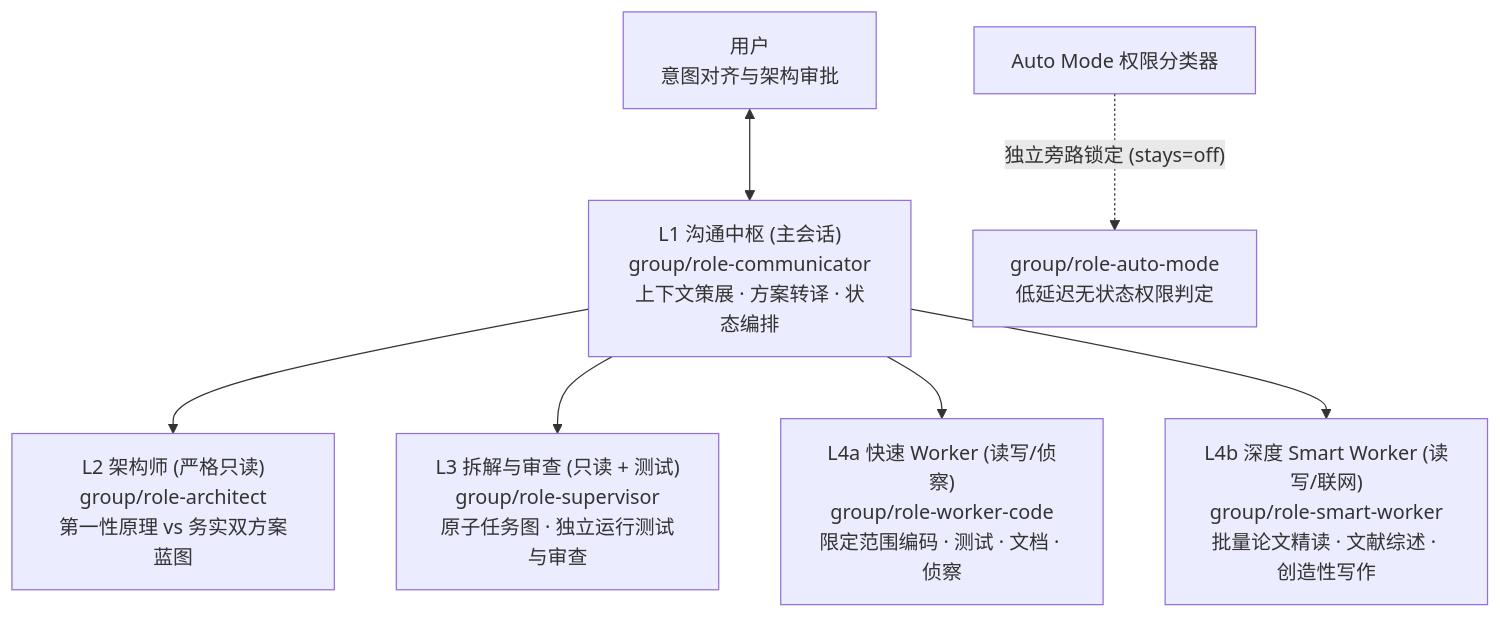
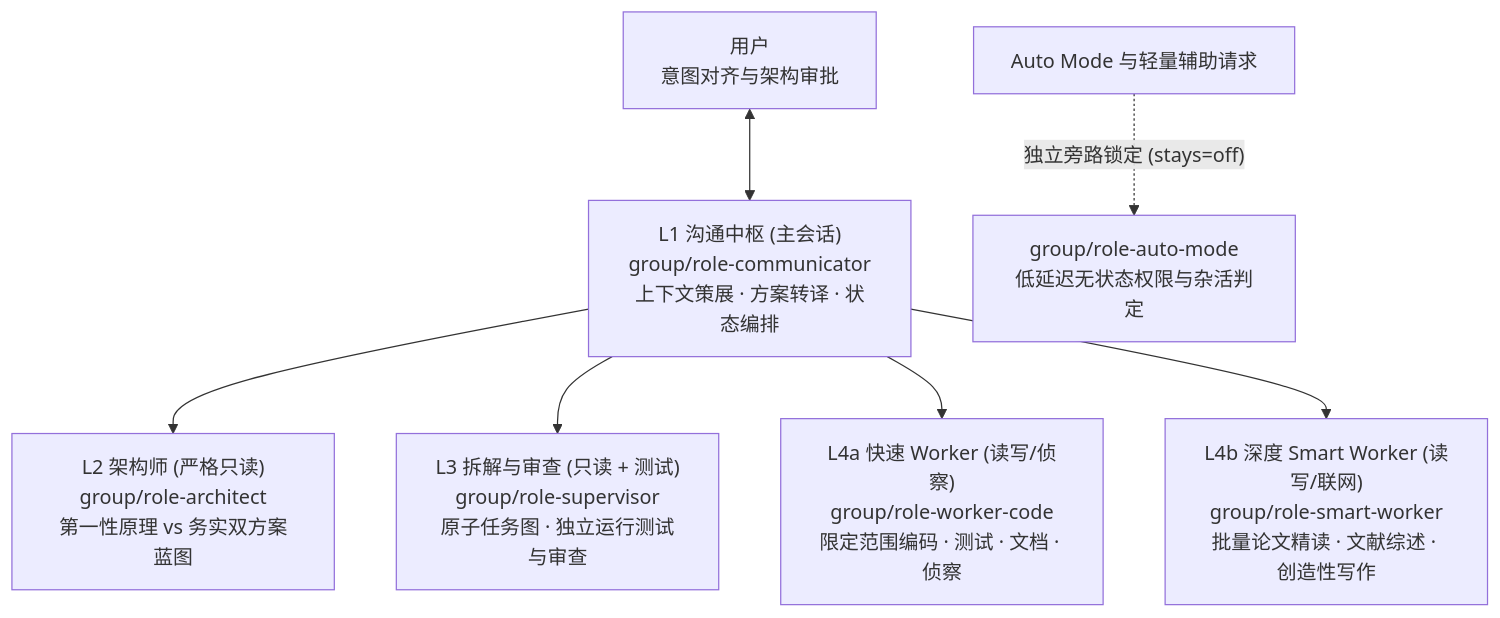
One commit to zhubaodian1027/commlaude changed the diagram in README_zh.md. Above: the diagram before and after it, drawn with Mermaid. The commit also changed other lines of this file and 22 other files, not shown here.

````diff
--- a/README_zh.md
+++ b/README_zh.md
@@ -22,11 +22,11 @@
 ```mermaid
 flowchart TB
     U["用户<br/>意图对齐与架构审批"] <--> L1["L1 沟通中枢 (主会话)<br/>group/role-communicator<br/>上下文策展 · 方案转译 · 状态编排"]
 
     L1 --> L2["L2 架构师 (严格只读)<br/>group/role-architect<br/>第一性原理 vs 务实双方案蓝图"]
     L1 --> L3["L3 拆解与审查 (只读 + 测试)<br/>group/role-supervisor<br/>原子任务图 · 独立运行测试与审查"]
     L1 --> L4a["L4a 快速 Worker (读写/侦察)<br/>group/role-worker-code<br/>限定范围编码 · 测试 · 文档 · 侦察"]
     L1 --> L4b["L4b 深度 Smart Worker (读写/联网)<br/>group/role-smart-worker<br/>批量论文精读 · 文献综述 · 创造性写作"]
 
-    AM["Auto Mode 权限分类器"] -. "独立旁路锁定 (stays=off)" .-> L5["group/role-auto-mode<br/>低延迟无状态权限判定"]
+    AM["Auto Mode 与轻量辅助请求"] -. "独立旁路锁定 (stays=off)" .-> L5["group/role-auto-mode<br/>低延迟无状态权限与杂活判定"]
 ```
````
